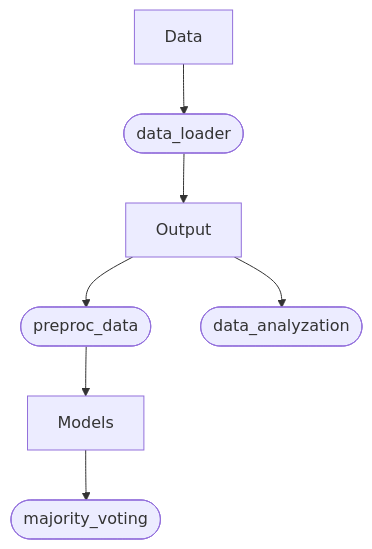
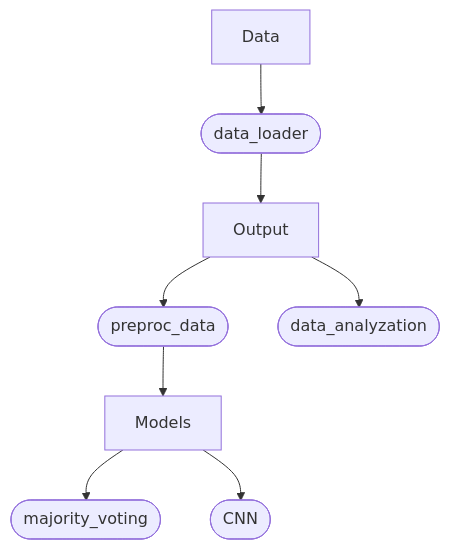
The diagram in README.md (Yahnnosh/Sensor-Based-Modeling-of-Fatigue-Using-Transformer-Model), drawn with Mermaid before and after one commit. The commit also changed 3 other files, not shown here.

````diff
--- a/README.md
+++ b/README.md
@@ -4,9 +4,10 @@
 ```mermaid
 graph TD;
     Data --> id1([data_loader]); 
     id1([data_loader]) --> Output;
     Output --> id2([preproc_data]);
     Output --> id3([data_analyzation]);
     id2([preproc_data]) --> Models;
-    Models --> id4([majority_voting]);   
+    Models --> id4([majority_voting])
+    Models --> id5([CNN]);   
 ```
````
